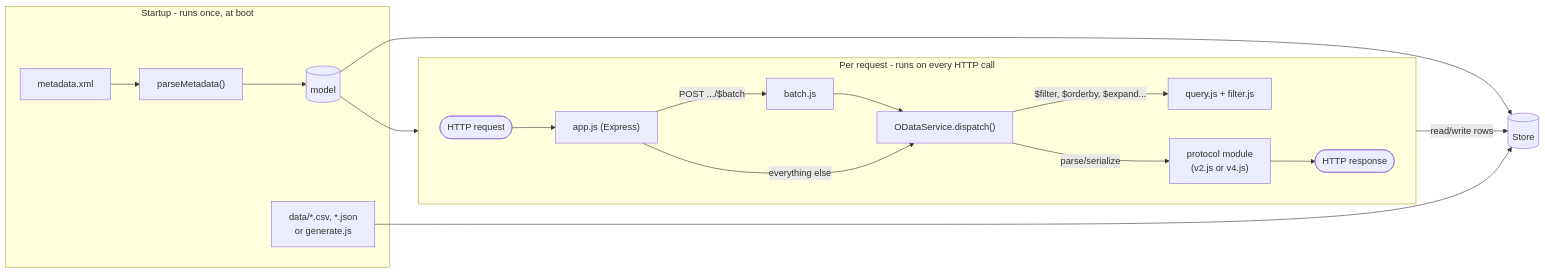
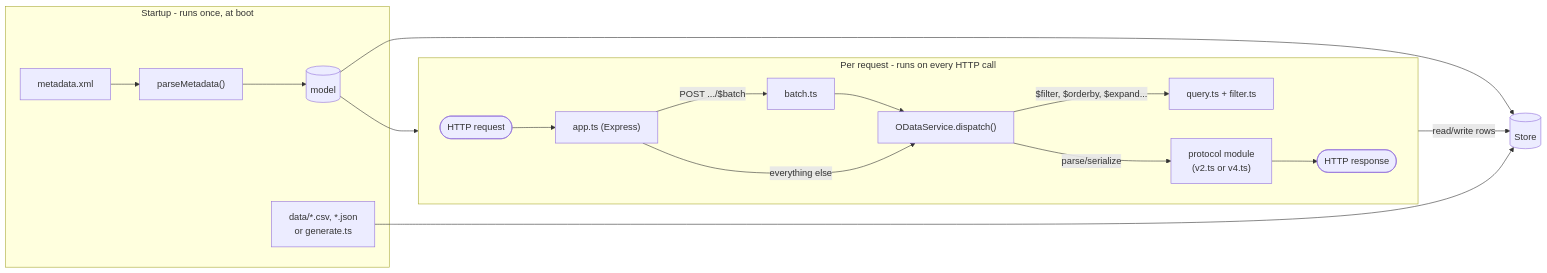
One commit to jaravan/odata-prova changed the diagram in docs/architecture.md. Above: the diagram before and after it, drawn with Mermaid. The commit also changed other lines of this file and 1 other file, not shown here.

Commit message:
docs: describe typescript sources and build

````diff
--- a/docs/architecture.md
+++ b/docs/architecture.md
@@ -3,25 +3,25 @@
 ```mermaid
 flowchart LR
     subgraph Startup["Startup - runs once, at boot"]
         MX["metadata.xml"] --> PM["parseMetadata()"]
         PM --> MODEL[("model")]
-        SEED["data/*.csv, *.json<br/>or generate.js"]
+        SEED["data/*.csv, *.json<br/>or generate.ts"]
     end
 
     ST[("Store")]
     MODEL --> ST
     SEED --> ST
 
     subgraph Request["Per request - runs on every HTTP call"]
         direction LR
-        REQ(["HTTP request"]) --> APP["app.js (Express)"]
-        APP -- "POST .../$batch" --> BATCH["batch.js"] --> SVC
+        REQ(["HTTP request"]) --> APP["app.ts (Express)"]
+        APP -- "POST .../$batch" --> BATCH["batch.ts"] --> SVC
         APP -- "everything else" --> SVC["ODataService.dispatch()"]
-        SVC -- "$filter, $orderby, $expand..." --> QF["query.js + filter.js"]
-        SVC -- "parse/serialize" --> PROTO["protocol module<br/>(v2.js or v4.js)"]
+        SVC -- "$filter, $orderby, $expand..." --> QF["query.ts + filter.ts"]
+        SVC -- "parse/serialize" --> PROTO["protocol module<br/>(v2.ts or v4.ts)"]
         PROTO --> RES(["HTTP response"])
     end
 
     MODEL --> SVC
     SVC -- "read/write rows" --> ST
 ```
````
